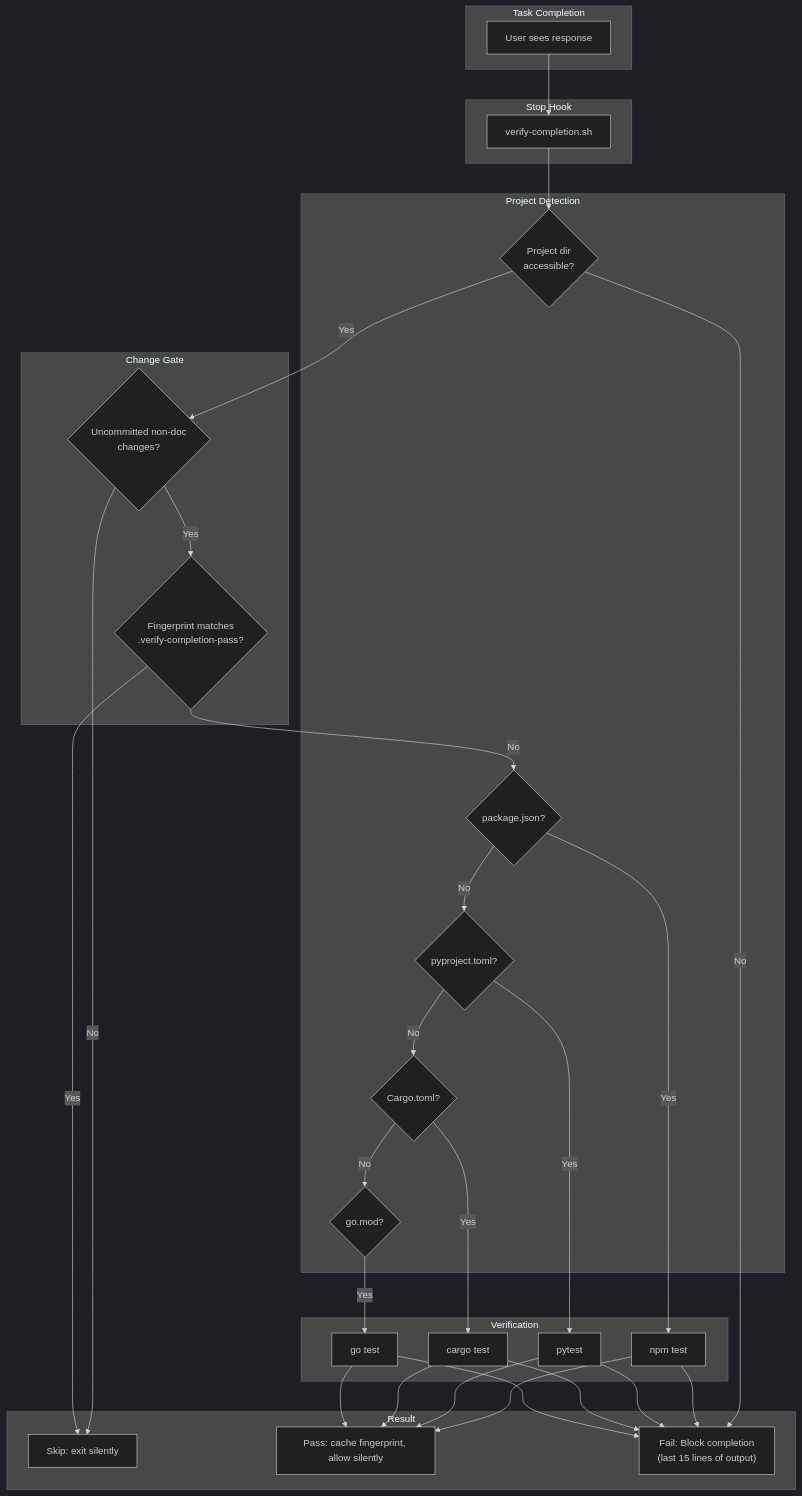
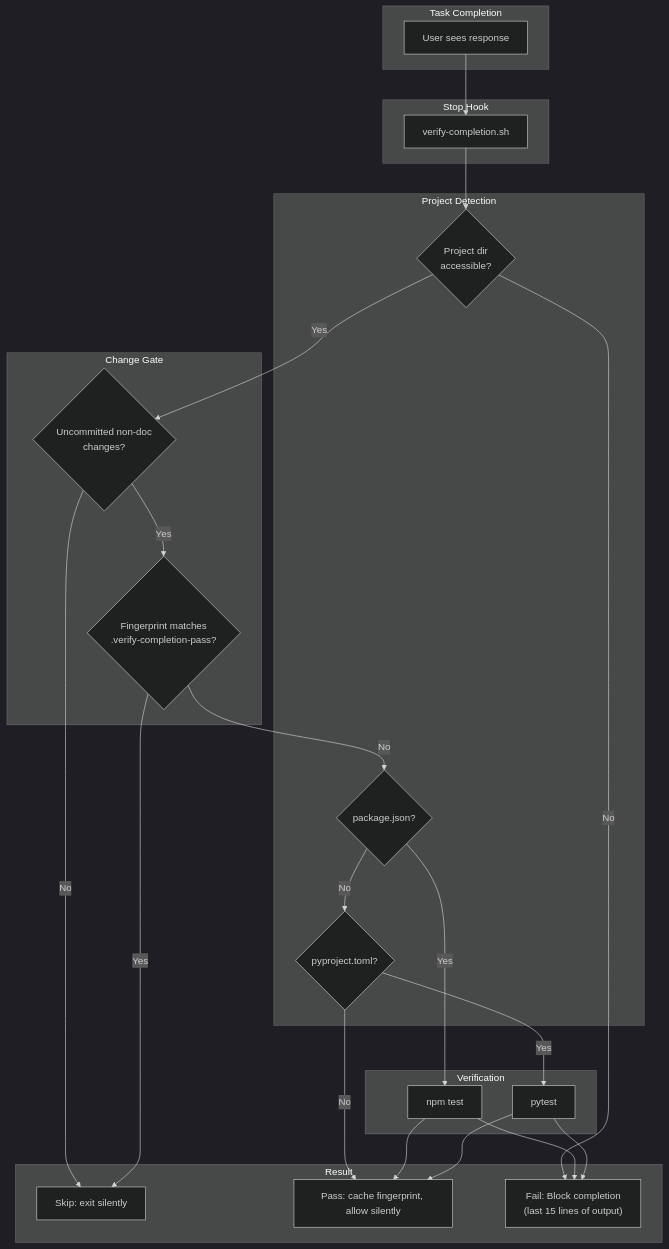
One commit to josix/agent-flow changed the seventh of 9 diagrams in docs/architecture/data-flows.md. Above: the diagram before and after it, drawn with Mermaid (dark theme). The commit also changed 43 other files, not shown here.

````diff
--- a/docs/architecture/data-flows.md
+++ b/docs/architecture/data-flows.md
@@ -316,54 +316,47 @@
 ```mermaid
 flowchart TB
     subgraph Trigger["Task Completion"]
         T1[User sees response]
     end
 
     subgraph Hook["Stop Hook"]
         H1[verify-completion.sh]
     end
 
     subgraph Gate["Change Gate"]
         G1{"Uncommitted non-doc<br/>changes?"}
         G2{"Fingerprint matches<br/>.verify-completion-pass?"}
     end
 
     subgraph Detect["Project Detection"]
         D0{Project dir<br/>accessible?}
         D1{package.json?}
         D2{pyproject.toml?}
-        D3{Cargo.toml?}
-        D4{go.mod?}
     end
 
     subgraph Verify["Verification"]
         V1[npm test]
         V2[pytest]
-        V3[cargo test]
-        V4[go test]
     end
 
     subgraph Result["Result"]
         R0[Skip: exit silently]
         R1[Pass: cache fingerprint, allow silently]
         R2["Fail: Block completion<br/>(last 15 lines of output)"]
     end
 
     T1 --> H1
     H1 --> D0
     D0 -->|No| R2
     D0 -->|Yes| G1
     G1 -->|No| R0
     G1 -->|Yes| G2
     G2 -->|Yes| R0
     G2 -->|No| D1
     D1 -->|Yes| V1
     D1 -->|No| D2
     D2 -->|Yes| V2
-    D2 -->|No| D3
-    D3 -->|Yes| V3
-    D3 -->|No| D4
-    D4 -->|Yes| V4
+    D2 -->|No| R1
 
-    V1 & V2 & V3 & V4 --> R1 & R2
+    V1 & V2 --> R1 & R2
 ```
````
